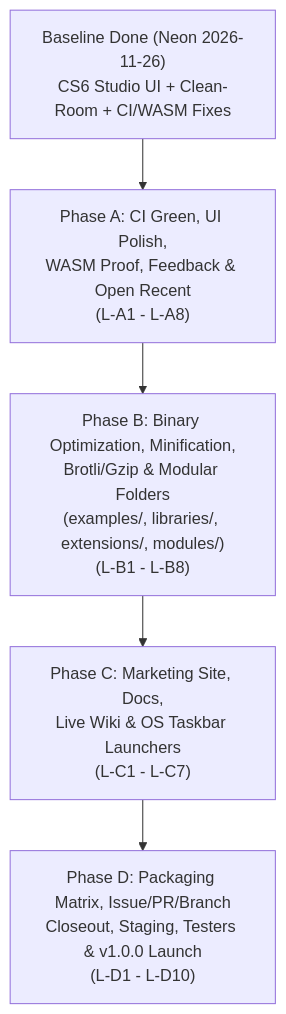
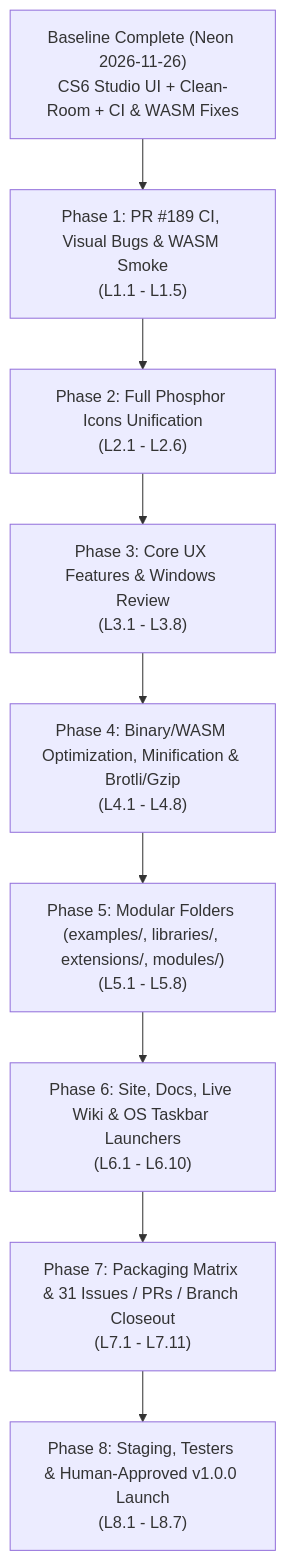
Before and after one commit to aliasfoxkde/FireCraft: the diagram in docs/planning/luna/README.md, drawn with Mermaid. The commit also changed other lines of this file and 14 other files, not shown here.

First line of the commit message:
docs(plan): decompose GPT-6-Luna roadmap into 8 atomic phases (63 tasks)

````diff
--- a/docs/planning/luna/README.md
+++ b/docs/planning/luna/README.md
@@ -106,7 +83,11 @@
 ```mermaid
 flowchart TD
-    DONE["Baseline Done (Neon 2026-11-26)<br/>CS6 Studio UI + Clean-Room + CI/WASM Fixes"] --> PA["Phase A: CI Green, UI Polish,<br/>WASM Proof, Feedback & Open Recent<br/>(L-A1 - L-A8)"]
-    PA --> PB["Phase B: Binary Optimization, Minification,<br/>Brotli/Gzip & Modular Folders<br/>(examples/, libraries/, extensions/, modules/)<br/>(L-B1 - L-B8)"]
-    PB --> PC["Phase C: Marketing Site, Docs,<br/>Live Wiki & OS Taskbar Launchers<br/>(L-C1 - L-C7)"]
-    PC --> PD["Phase D: Packaging Matrix, Issue/PR/Branch<br/>Closeout, Staging, Testers & v1.0.0 Launch<br/>(L-D1 - L-D10)"]
+    B["Baseline Complete (Neon 2026-11-26)<br/>CS6 Studio UI + Clean-Room + CI & WASM Fixes"] --> P1["Phase 1: PR #189 CI, Visual Bugs & WASM Smoke<br/>(L1.1 - L1.5)"]
+    P1 --> P2["Phase 2: Full Phosphor Icons Unification<br/>(L2.1 - L2.6)"]
+    P2 --> P3["Phase 3: Core UX Features & Windows Review<br/>(L3.1 - L3.8)"]
+    P3 --> P4["Phase 4: Binary/WASM Optimization, Minification & Brotli/Gzip<br/>(L4.1 - L4.8)"]
+    P4 --> P5["Phase 5: Modular Folders (examples/, libraries/, extensions/, modules/)<br/>(L5.1 - L5.8)"]
+    P5 --> P6["Phase 6: Site, Docs, Live Wiki & OS Taskbar Launchers<br/>(L6.1 - L6.10)"]
+    P6 --> P7["Phase 7: Packaging Matrix & 31 Issues / PRs / Branch Closeout<br/>(L7.1 - L7.11)"]
+    P7 --> P8["Phase 8: Staging, Testers & Human-Approved v1.0.0 Launch<br/>(L8.1 - L8.7)"]
 ```
````
